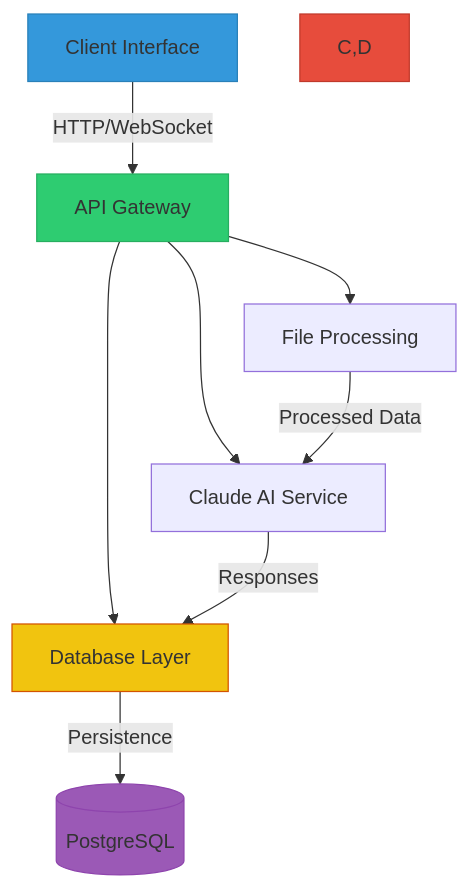
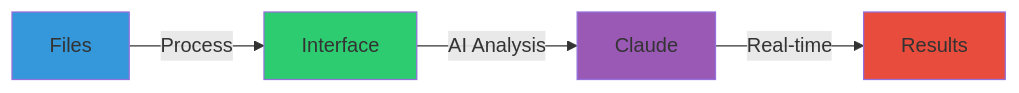
One commit to cescanue/cescanue changed the eighth of 12 diagrams in README.md. Above: the diagram before and after it, drawn with Mermaid. The commit also changed other lines of this file, not shown here.

````diff
--- a/README.md
+++ b/README.md
@@ -394,17 +363,10 @@
 ```mermaid
-graph TB
-    A[Client Interface] -->|HTTP/WebSocket| B[API Gateway]
-    B --> C[File Processing]
-    B --> D[Claude AI Service]
-    B --> E[Database Layer]
-    
-    C -->|Processed Data| D
-    D -->|Responses| E
-    E -->|Persistence| F[(PostgreSQL)]
-    
-    style A fill:#3498db,stroke:#2980b9
-    style B fill:#2ecc71,stroke:#27ae60
-    style C,D fill:#e74c3c,stroke:#c0392b
-    style E fill:#f1c40f,stroke:#d35400
-    style F fill:#9b59b6,stroke:#8e44ad
+graph LR
+    A[Files] -->|Process| B[Interface]
+    B -->|AI Analysis| C[Claude]
+    C -->|Real-time| D[Results]
+    style A fill:#3498db
+    style B fill:#2ecc71
+    style C fill:#9b59b6
+    style D fill:#e74c3c
 ```
````
